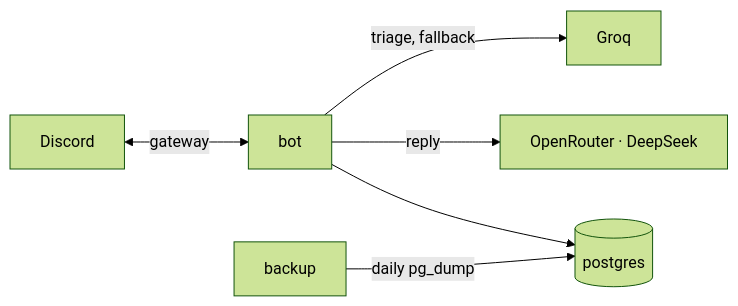
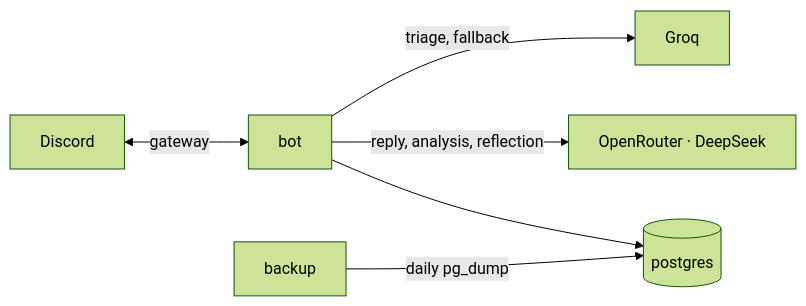
Before and after one commit to LeoBdt/ARCHIVE-9: the first of 3 diagrams in docs/ARCHITECTURE.md, drawn with Mermaid (forest theme). The commit also changed other lines of this file and 46 other files, not shown here.

````diff
--- a/docs/ARCHITECTURE.md
+++ b/docs/ARCHITECTURE.md
@@ -5,8 +5,8 @@
 ```mermaid
 flowchart LR
   D[Discord] <-->|gateway| BOT[bot]
   BOT --> PG[(postgres)]
-  BOT -->|reply| OR[OpenRouter · DeepSeek]
+  BOT -->|reply, analysis, reflection| OR[OpenRouter · DeepSeek]
   BOT -->|triage, fallback| G[Groq]
   BK[backup] -->|daily pg_dump| PG
 ```
````
